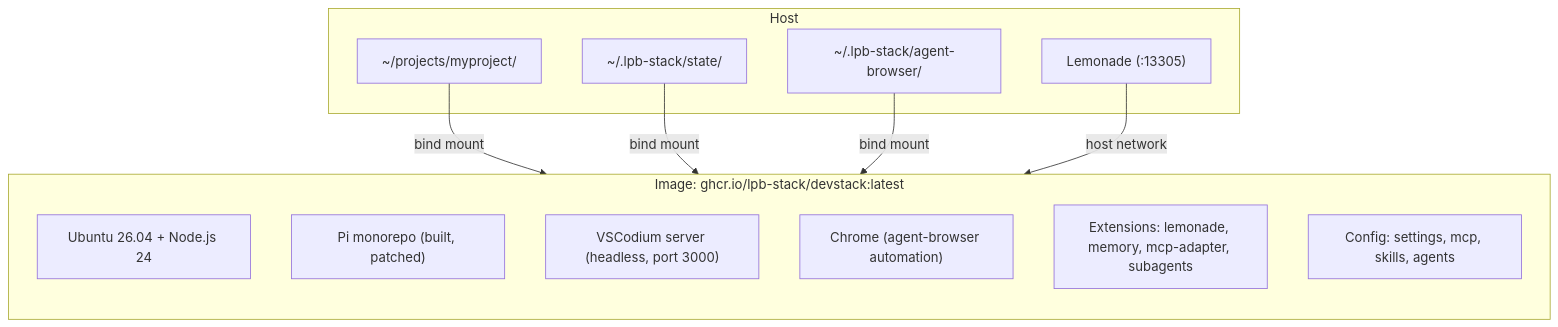
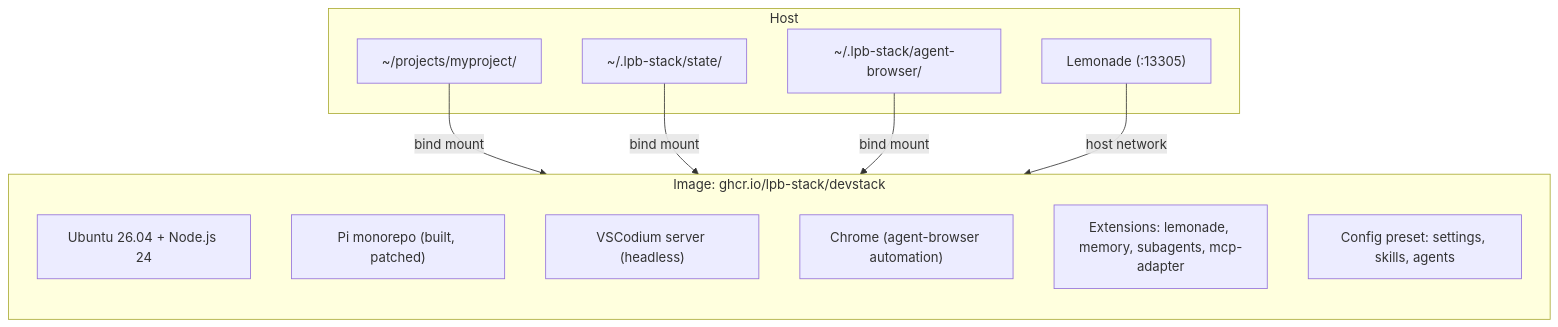
One commit to localpibox/devstack changed the first of 2 diagrams in README.md. Above: the diagram before and after it, drawn with Mermaid. The commit also changed other lines of this file and 12 other files, not shown here.

````diff
--- a/README.md
+++ b/README.md
@@ -65,24 +67,24 @@
 ```mermaid
 flowchart TB
     subgraph Host
         H1["~/projects/myproject/"]
         H2["~/.lpb-stack/state/"]
         H3["~/.lpb-stack/agent-browser/"]
         H4["Lemonade (:13305)"]
     end
 
-    subgraph Image["Image: ghcr.io/lpb-stack/devstack:latest"]
+    subgraph Image["Image: ghcr.io/lpb-stack/devstack"]
         direction TB
         I1["Ubuntu 26.04 + Node.js 24"]
         I2["Pi monorepo (built, patched)"]
-        I3["VSCodium server (headless, port 3000)"]
+        I3["VSCodium server (headless)"]
         I4["Chrome (agent-browser automation)"]
-        I5["Extensions: lemonade, memory, mcp-adapter, subagents"]
-        I6["Config: settings, mcp, skills, agents"]
+        I5["Extensions: lemonade, memory, subagents, mcp-adapter"]
+        I6["Config preset: settings, skills, agents"]
     end
 
     H1 -->|bind mount| I1
     H2 -->|bind mount| I2
     H3 -->|bind mount| I3
     H4 -->|host network| I4
 ```
````
